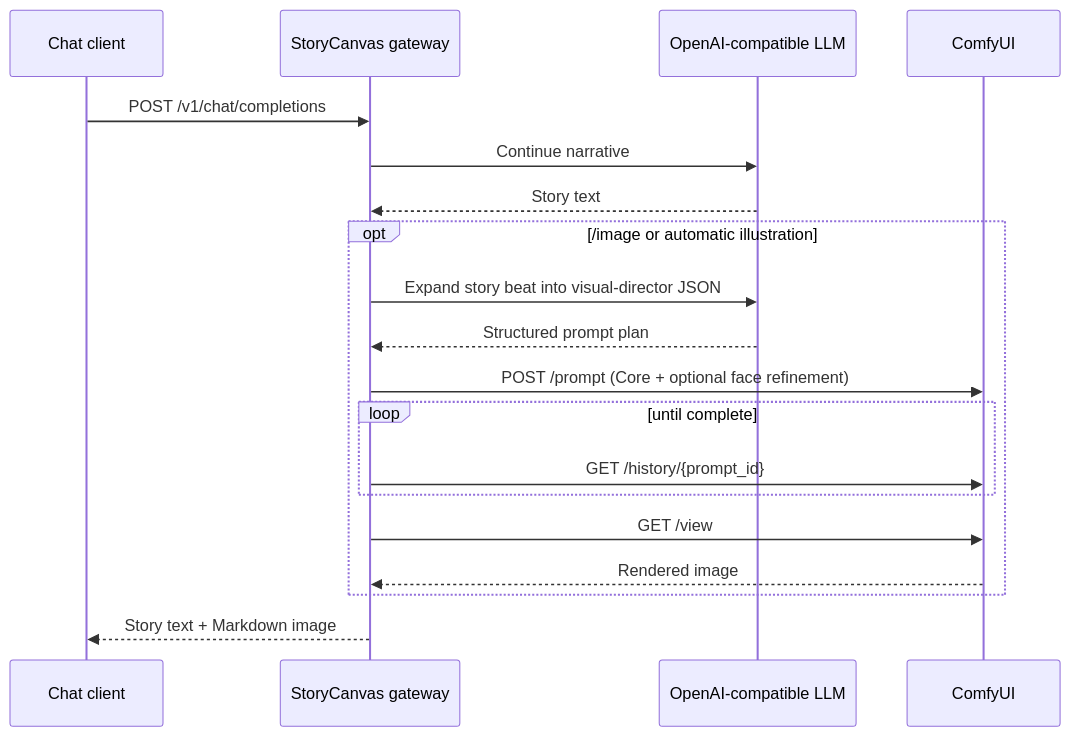
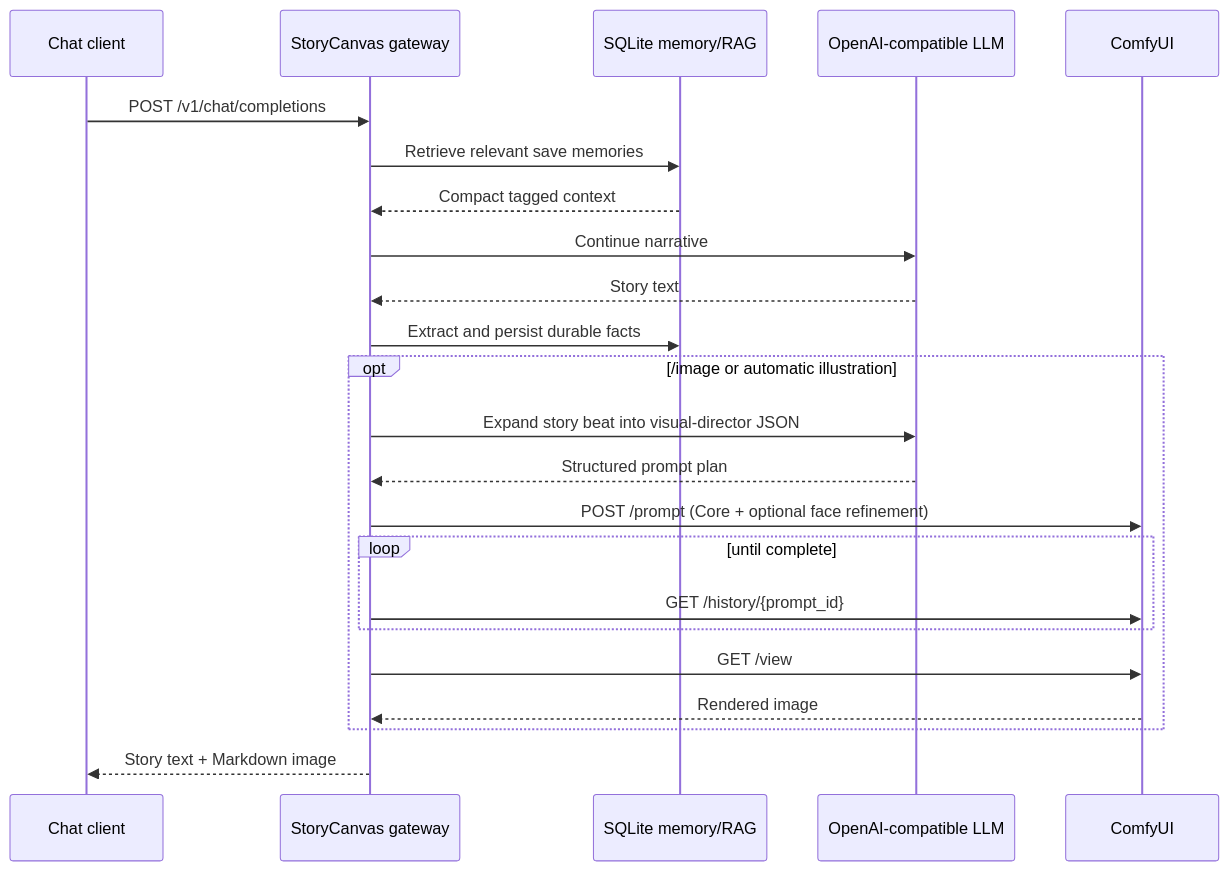
The diagram in README.md (l399535557-ctrl/StoryCanvas-AI), drawn with Mermaid before and after one commit. The commit also changed other lines of this file and 19 other files, not shown here.

Commit message:
feat: add save-scoped SQLite memory and local RAG

````diff
--- a/README.md
+++ b/README.md
@@ -40,22 +45,26 @@
 ```mermaid
 sequenceDiagram
     participant C as Chat client
     participant G as StoryCanvas gateway
+    participant M as SQLite memory/RAG
     participant L as OpenAI-compatible LLM
     participant U as ComfyUI
 
     C->>G: POST /v1/chat/completions
+    G->>M: Retrieve relevant save memories
+    M-->>G: Compact tagged context
     G->>L: Continue narrative
     L-->>G: Story text
+    G->>M: Extract and persist durable facts
     opt /image or automatic illustration
         G->>L: Expand story beat into visual-director JSON
         L-->>G: Structured prompt plan
         G->>U: POST /prompt (Core + optional face refinement)
         loop until complete
             G->>U: GET /history/{prompt_id}
         end
         G->>U: GET /view
         U-->>G: Rendered image
     end
     G-->>C: Story text + Markdown image
 ```
````
